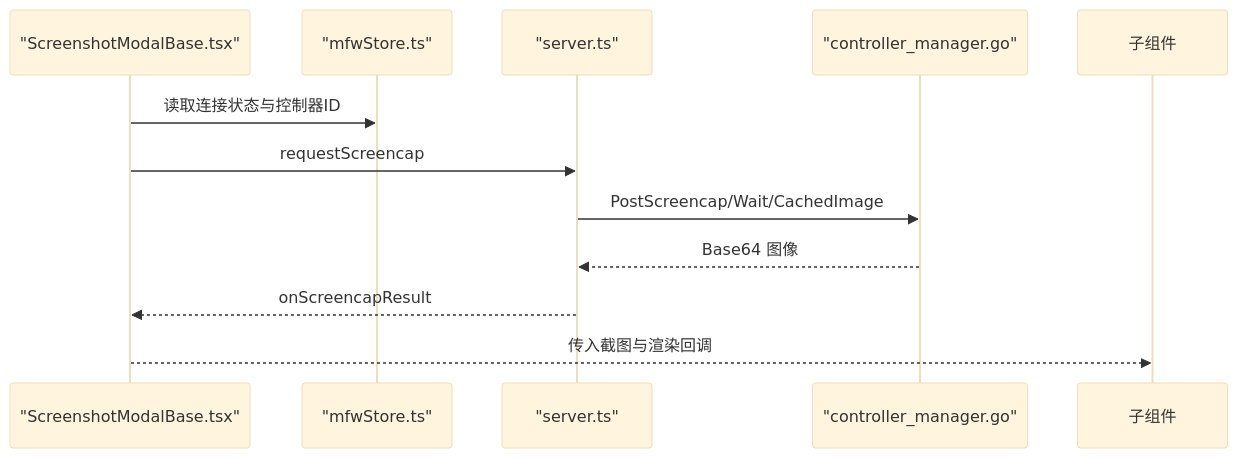
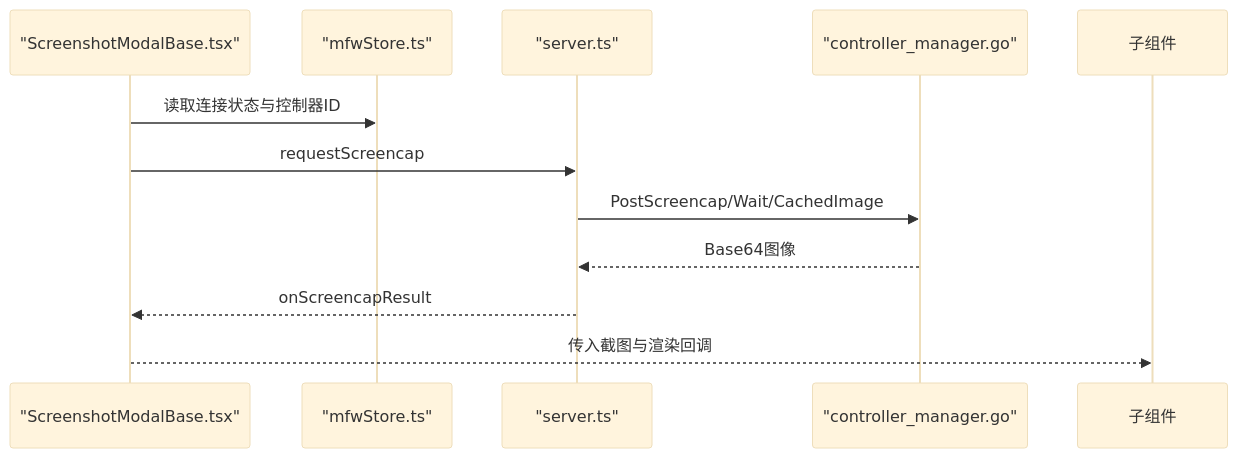
The fourth of 6 diagrams in .qoder/repowiki/zh/content/核心概念/区域选择模态框.md (kqcoxn/MaaPipelineEditor), drawn with Mermaid (base theme) before and after one commit. The commit also changed other lines of this file and 9 other files, not shown here.

````diff
--- a/.qoder/repowiki/zh/content/核心概念/区域选择模态框.md
+++ b/.qoder/repowiki/zh/content/核心概念/区域选择模态框.md
@@ -168,13 +202,13 @@
 ```mermaid
 sequenceDiagram
 participant Base as "ScreenshotModalBase.tsx"
 participant Store as "mfwStore.ts"
 participant WS as "server.ts"
 participant Ctrl as "controller_manager.go"
 Base->>Store : 读取连接状态与控制器ID
 Base->>WS : requestScreencap
 WS->>Ctrl : PostScreencap/Wait/CachedImage
-Ctrl-->>WS : Base64 图像
+Ctrl-->>WS : Base64图像
 WS-->>Base : onScreencapResult
 Base-->>子组件 : 传入截图与渲染回调
 ```
````
